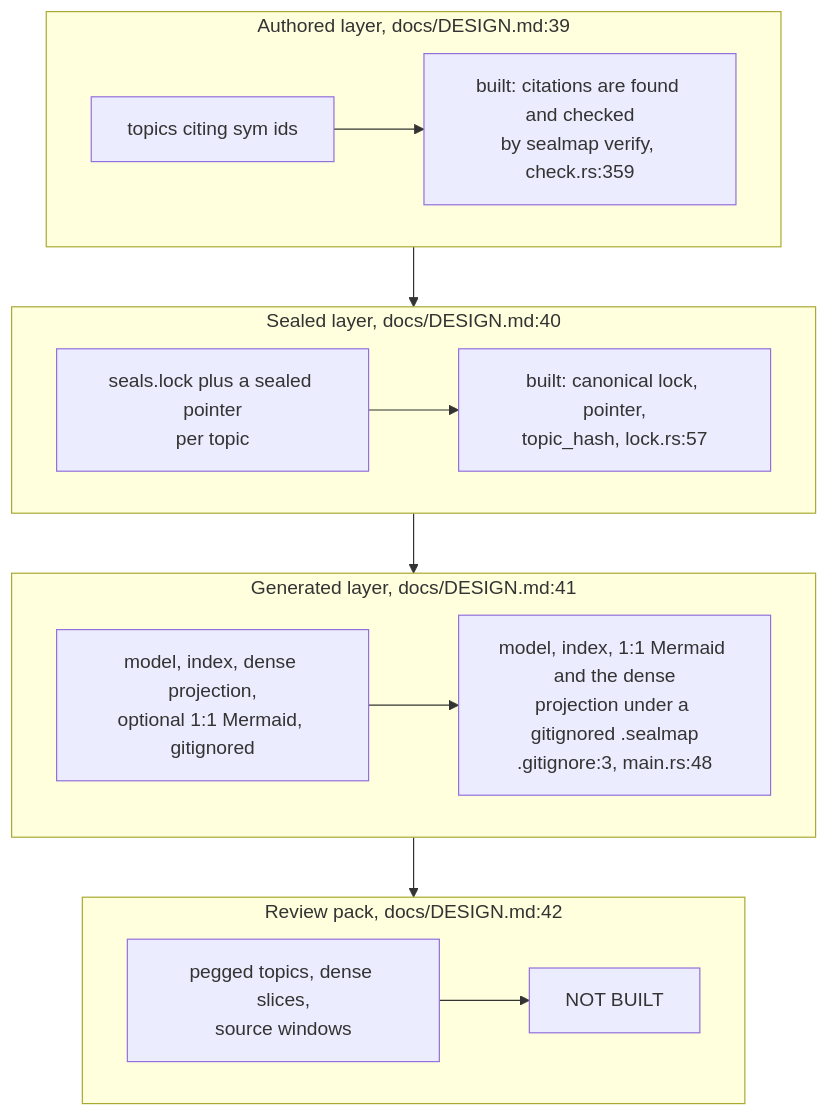
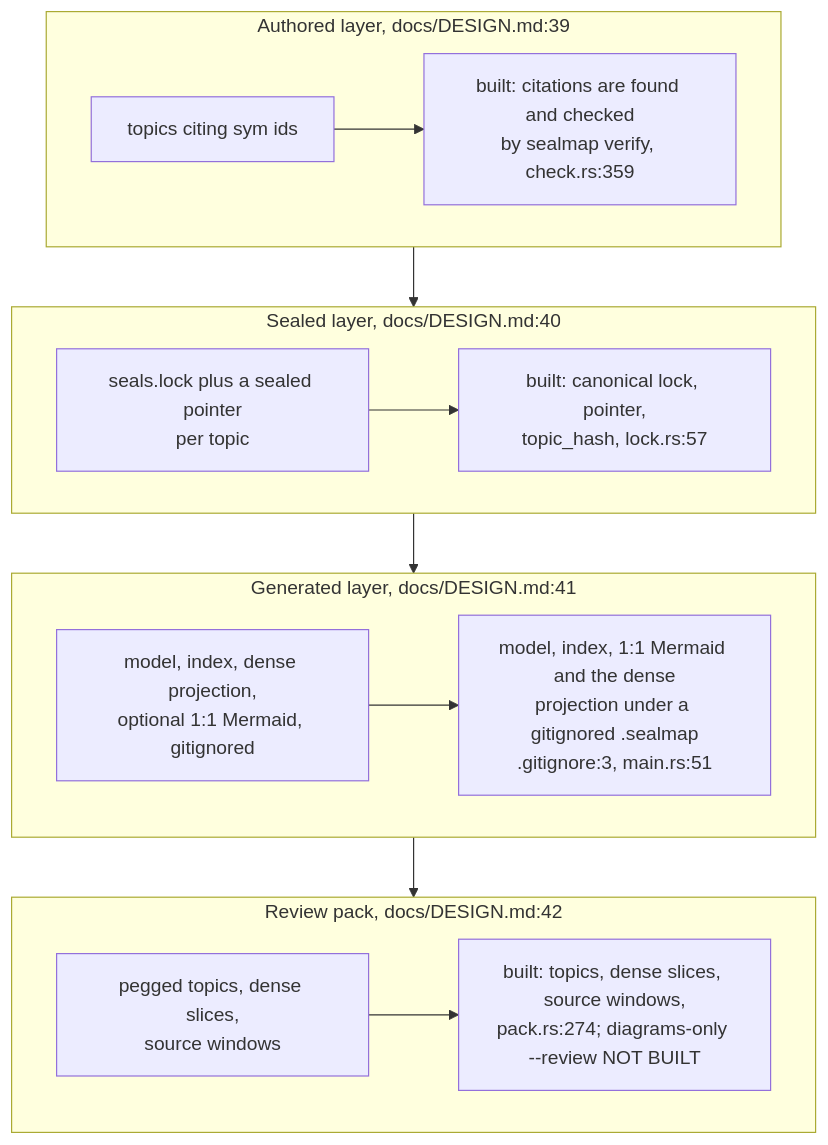
The first of 6 diagrams in docs/diagrams/delivery/02-design-versus-code.md (DreamLab-AI/codemaid), drawn with Mermaid before and after one commit. The commit also changed other lines of this file and 23 other files, not shown here.

````diff
--- a/docs/diagrams/delivery/02-design-versus-code.md
+++ b/docs/diagrams/delivery/02-design-versus-code.md
@@ -55,24 +57,24 @@
 ```mermaid
 flowchart TB
     subgraph AUTH["Authored layer, docs/DESIGN.md:39"]
         A1["topics citing sym ids"]
         A1S["built: citations are found and checked<br/>by sealmap verify, check.rs:359"]
     end
     subgraph SEAL["Sealed layer, docs/DESIGN.md:40"]
         S1["seals.lock plus a sealed pointer<br/>per topic"]
         S1S["built: canonical lock, pointer,<br/>topic_hash, lock.rs:57"]
     end
     subgraph GEN["Generated layer, docs/DESIGN.md:41"]
         G1["model, index, dense projection,<br/>optional 1:1 Mermaid, gitignored"]
-        G1S["model, index, 1:1 Mermaid and the dense<br/>projection under a gitignored .sealmap<br/>.gitignore:3, main.rs:48"]
+        G1S["model, index, 1:1 Mermaid and the dense<br/>projection under a gitignored .sealmap<br/>.gitignore:3, main.rs:51"]
     end
     subgraph PACK["Review pack, docs/DESIGN.md:42"]
         P1["pegged topics, dense slices,<br/>source windows"]
-        P1S["NOT BUILT"]
+        P1S["built: topics, dense slices, source windows,<br/>pack.rs:274; diagrams-only --review NOT BUILT"]
     end
     A1 --> A1S
     S1 --> S1S
     G1 --> G1S
     P1 --> P1S
     AUTH --> SEAL --> GEN --> PACK
 ```
````
